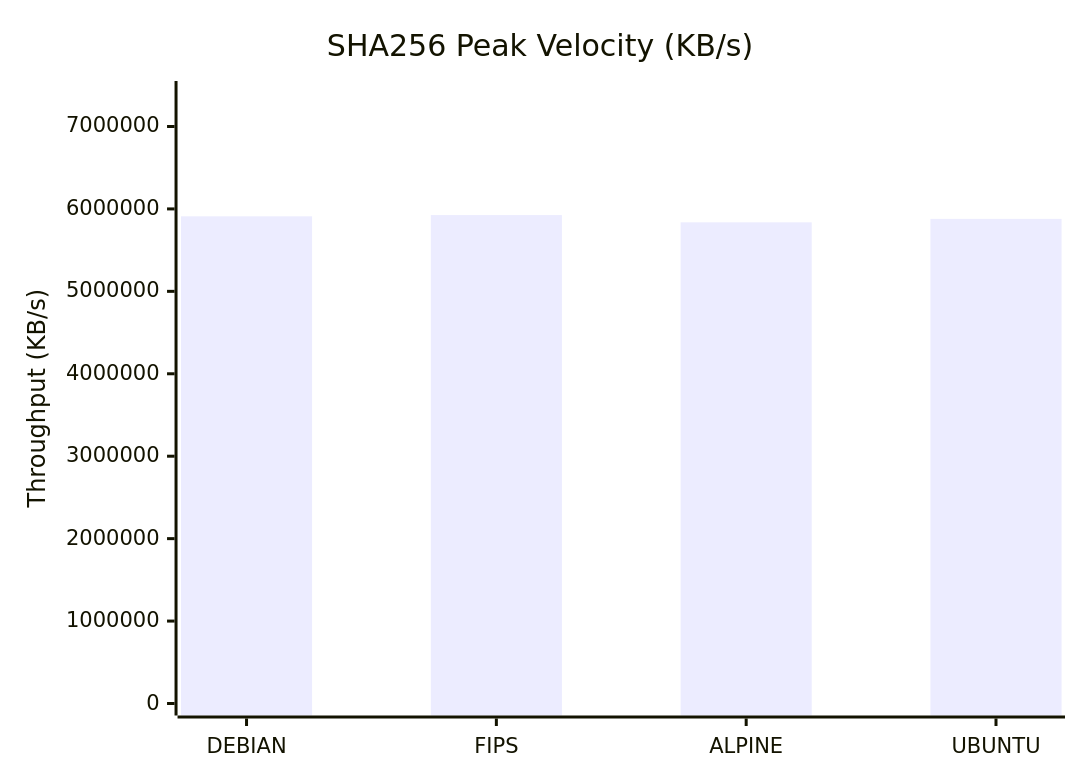
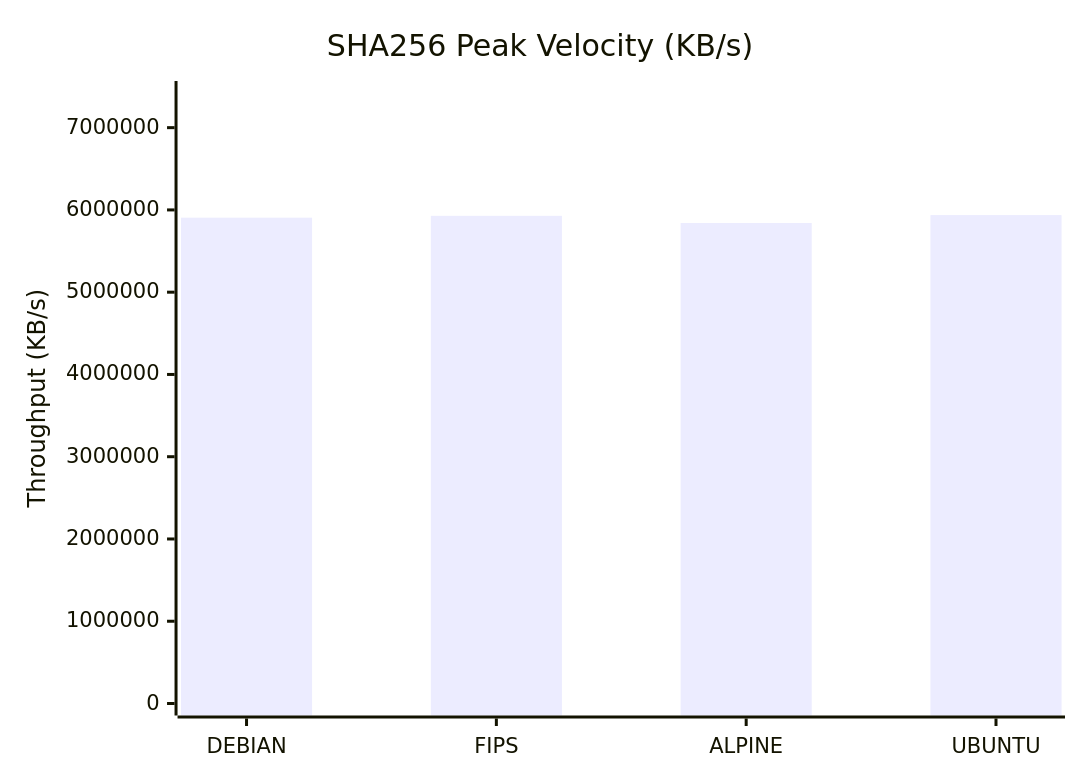
Before and after one commit to taha2samy/openssl_fips: the second of 9 diagrams in docs/Comparison_Report.md, drawn with Mermaid. The commit also changed other lines of this file and 3 other files, not shown here.

````diff
--- a/docs/Comparison_Report.md
+++ b/docs/Comparison_Report.md
@@ -65,7 +65,7 @@
 ```mermaid
 xychart-beta
     title "SHA256 Peak Velocity (KB/s)"
     x-axis [DEBIAN, FIPS, ALPINE, UBUNTU]
-    y-axis "Throughput (KB/s)" 0 --> 7406172
-    bar [5909864.45, 5924937.73, 5837316.1, 5879054.34]
+    y-axis "Throughput (KB/s)" 0 --> 7421286
+    bar [5905743.87, 5928091.65, 5840764.93, 5937029.12]
 ```
````
